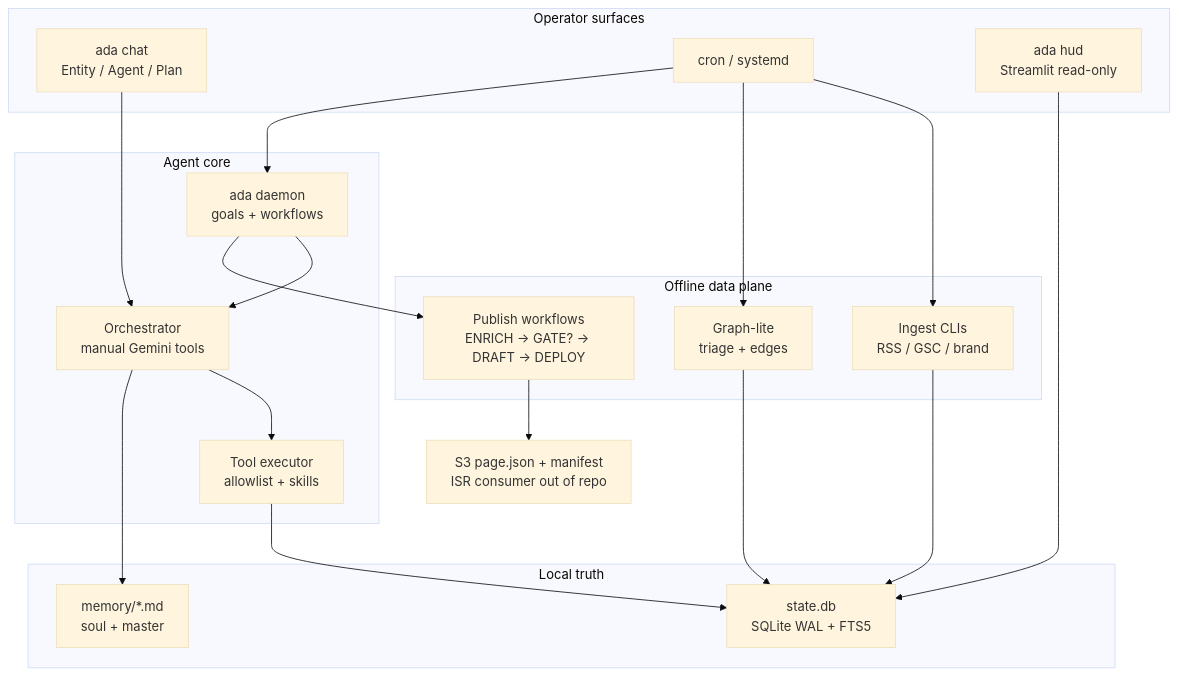
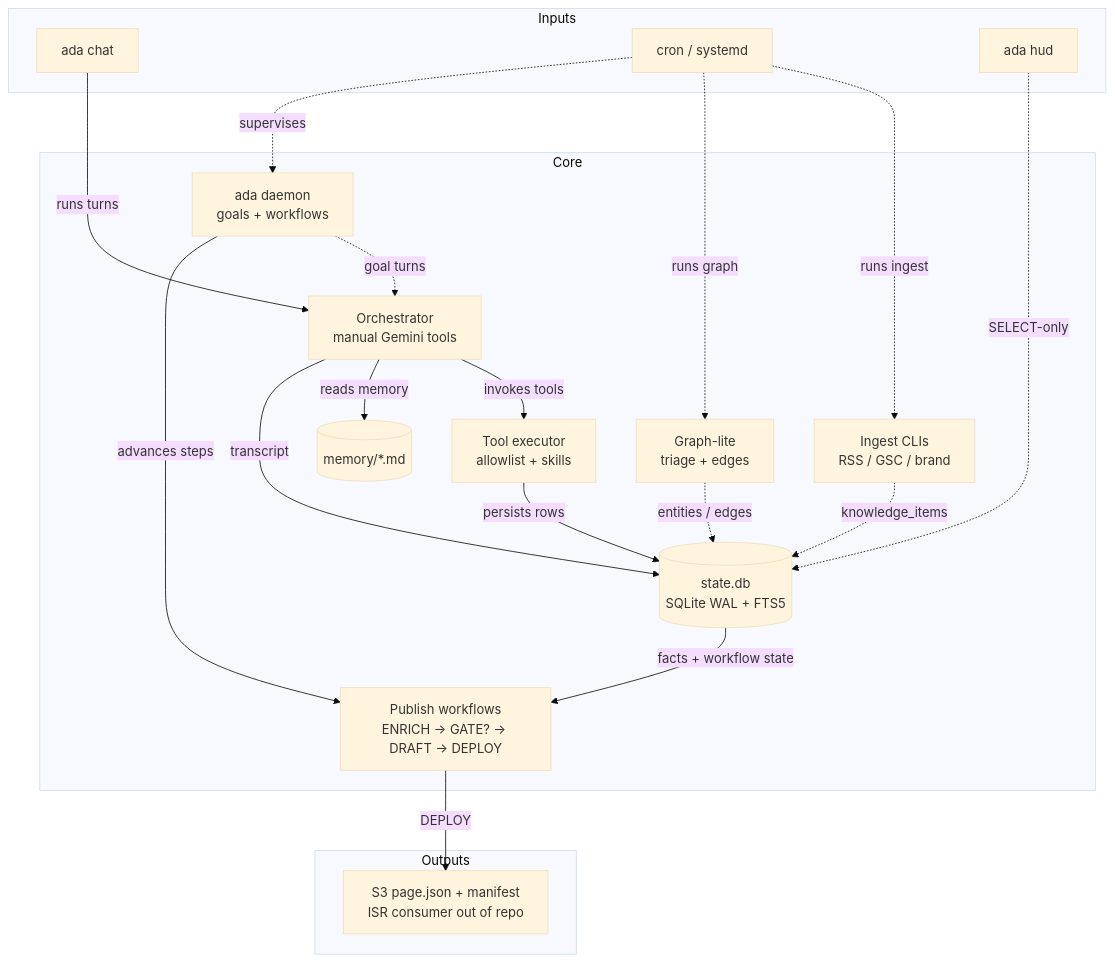
Before and after one commit to aryanjohari/ADA: the diagram in docs/architecture.mmd, drawn with Mermaid (base theme). The commit also changed 3 other files, not shown here.

Commit message:
C4 diagrams

```diff
--- a/docs/architecture.mmd
+++ b/docs/architecture.mmd
@@ -1,36 +1,40 @@
 flowchart TB
-  subgraph ingress [Operator surfaces]
-    Chat["ada chat\nEntity / Agent / Plan"]
-    Cron["cron / systemd"]
-    HUD["ada hud\nStreamlit read-only"]
+  subgraph inputs [Inputs]
+    cliChat["ada chat"]
+    hostScheduler["cron / systemd"]
+    hud["ada hud"]
   end
 
-  subgraph core [Agent core]
-    Orch["Orchestrator\nmanual Gemini tools"]
-    Tools["Tool executor\nallowlist + skills"]
-    Daemon["ada daemon\ngoals + workflows"]
+  subgraph core [Core]
+    orchestrator["Orchestrator\nmanual Gemini tools"]
+    toolExecutor["Tool executor\nallowlist + skills"]
+    daemon["ada daemon\ngoals + workflows"]
+    stateDb[("state.db\nSQLite WAL + FTS5")]
+    memoryFiles[("memory/*.md")]
+    ingestClis["Ingest CLIs\nRSS / GSC / brand"]
+    graphLite["Graph-lite\ntriage + edges"]
+    publishWorkflows["Publish workflows\nENRICH → GATE? → DRAFT → DEPLOY"]
   end
 
-  subgraph truth [Local truth]
-    DB["state.db\nSQLite WAL + FTS5"]
-    Mem["memory/*.md\nsoul + master"]
+  subgraph outputs [Outputs]
+    s3Out["S3 page.json + manifest\nISR consumer out of repo"]
   end
 
-  subgraph data [Offline data plane]
-    Ingest["Ingest CLIs\nRSS / GSC / brand"]
-    Graph["Graph-lite\ntriage + edges"]
-    Wf["Publish workflows\nENRICH → GATE? → DRAFT → DEPLOY"]
-  end
+  cliChat -->|runs turns| orchestrator
+  orchestrator -->|invokes tools| toolExecutor
+  toolExecutor -->|persists rows| stateDb
+  orchestrator -->|reads memory| memoryFiles
+  orchestrator -->|transcript| stateDb
 
-  Out["S3 page.json + manifest\nISR consumer out of repo"]
+  hostScheduler -.->|runs ingest| ingestClis
+  hostScheduler -.->|runs graph| graphLite
+  hostScheduler -.->|supervises| daemon
+  ingestClis -.->|knowledge_items| stateDb
+  graphLite -.->|entities / edges| stateDb
 
-  Chat --> Orch
-  Orch --> Tools
-  Tools --> DB
-  Orch --> Mem
-  Cron --> Ingest --> DB
-  Cron --> Graph --> DB
-  Cron --> Daemon
-  Daemon --> Orch
-  Daemon --> Wf --> Out
-  HUD --> DB
+  daemon -.->|goal turns| orchestrator
+  daemon -->|advances steps| publishWorkflows
+  stateDb -->|facts + workflow state| publishWorkflows
+  publishWorkflows -->|DEPLOY| s3Out
+
+  hud -.->|SELECT-only| stateDb
```
